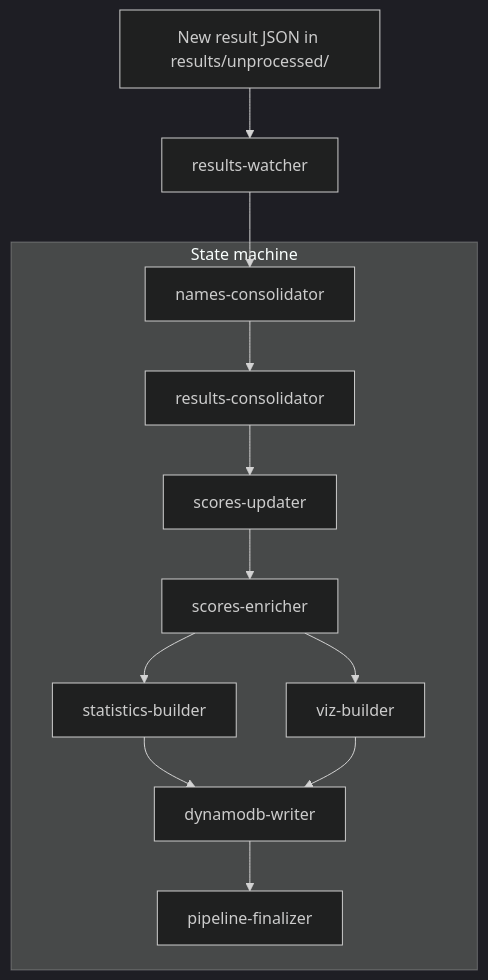
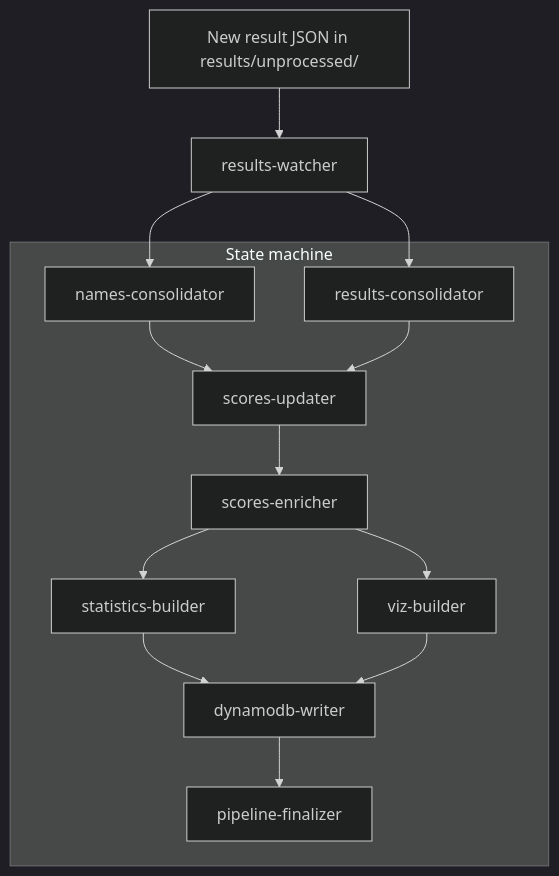
One commit to tor-gu/toa-data-pipeline changed the diagram in README.md. Above: the diagram before and after it, drawn with Mermaid (dark theme). The commit also changed 2 other files, not shown here.

Commit message:
Execute names and results consolidators in parallel

````diff
--- a/README.md
+++ b/README.md
@@ -11,17 +11,19 @@
 ```mermaid
 flowchart TD
     U[New result JSON in results/unprocessed/] --> W[results-watcher]
     W --> N
+    W --> R
 
     subgraph SM["State machine"]
         N[names-consolidator]
-        N --> R[results-consolidator]
-        R --> S[scores-updater]
+        R[results-consolidator]
+        N --> S[scores-updater]
+        R --> S
         S --> E[scores-enricher]
         E --> ST[statistics-builder]
         E --> V[viz-builder]
         ST --> D[dynamodb-writer]
         V --> D
         D --> F[pipeline-finalizer]
     end
 ```
````
